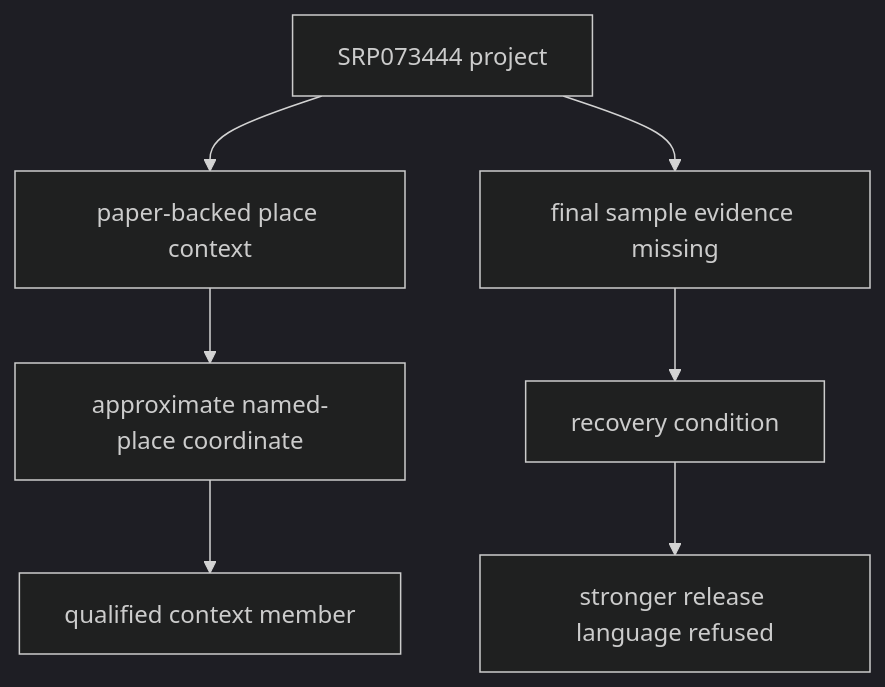
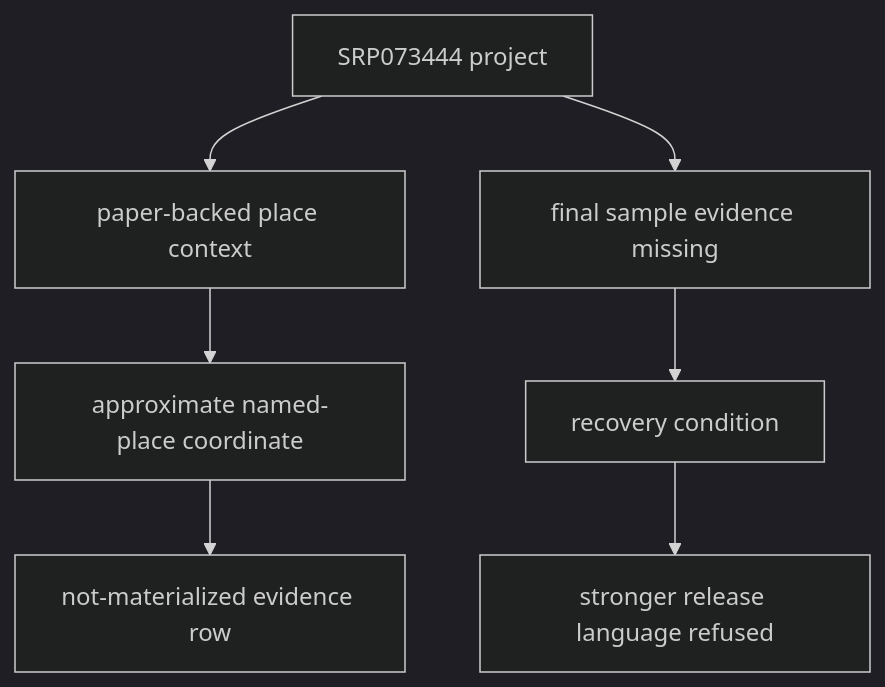
Before and after one commit to bijux/bijux-pollenomics: the second of 3 diagrams in docs/public/pollenomics-data/curation/decision-records.md, drawn with Mermaid (dark theme). The commit also changed other lines of this file and 26 other files, not shown here.

````diff
--- a/docs/public/pollenomics-data/curation/decision-records.md
+++ b/docs/public/pollenomics-data/curation/decision-records.md
@@ -114,9 +115,9 @@
 ```mermaid
 flowchart TB
     Project["SRP073444 project"] --> Context["paper-backed place context"]
     Context --> Approximate["approximate named-place coordinate"]
-    Approximate --> ContextMember["qualified context member"]
+    Approximate --> Excluded["not-materialized evidence row"]
     Project --> Missing["final sample evidence missing"]
     Missing --> Recovery["recovery condition"]
     Recovery --> Release["stronger release language refused"]
 ```
````
